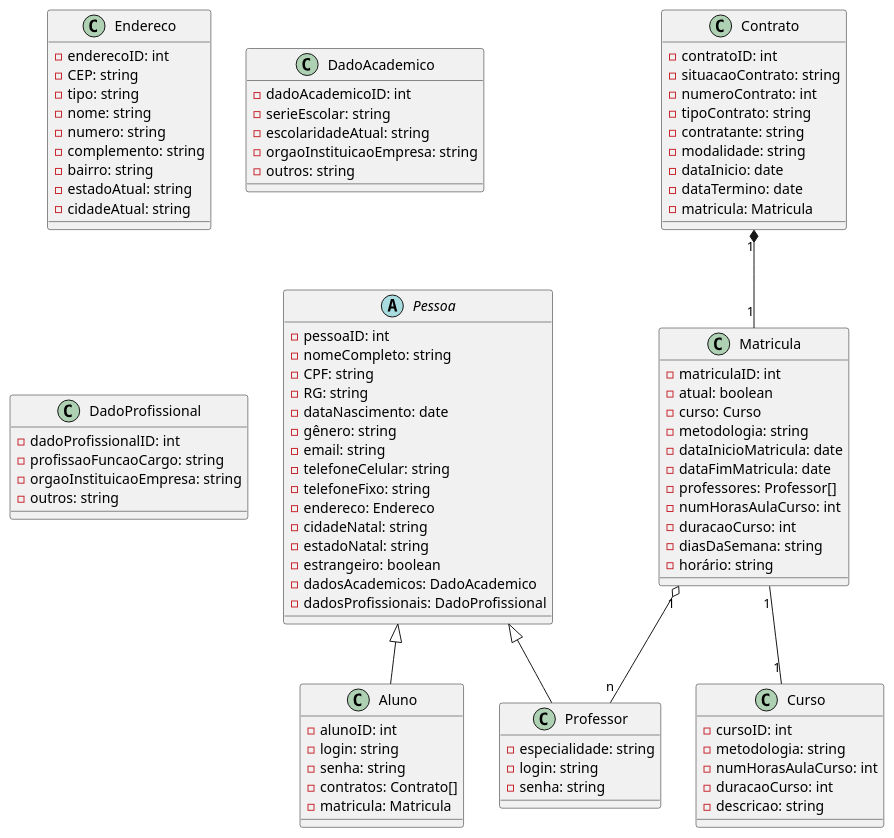
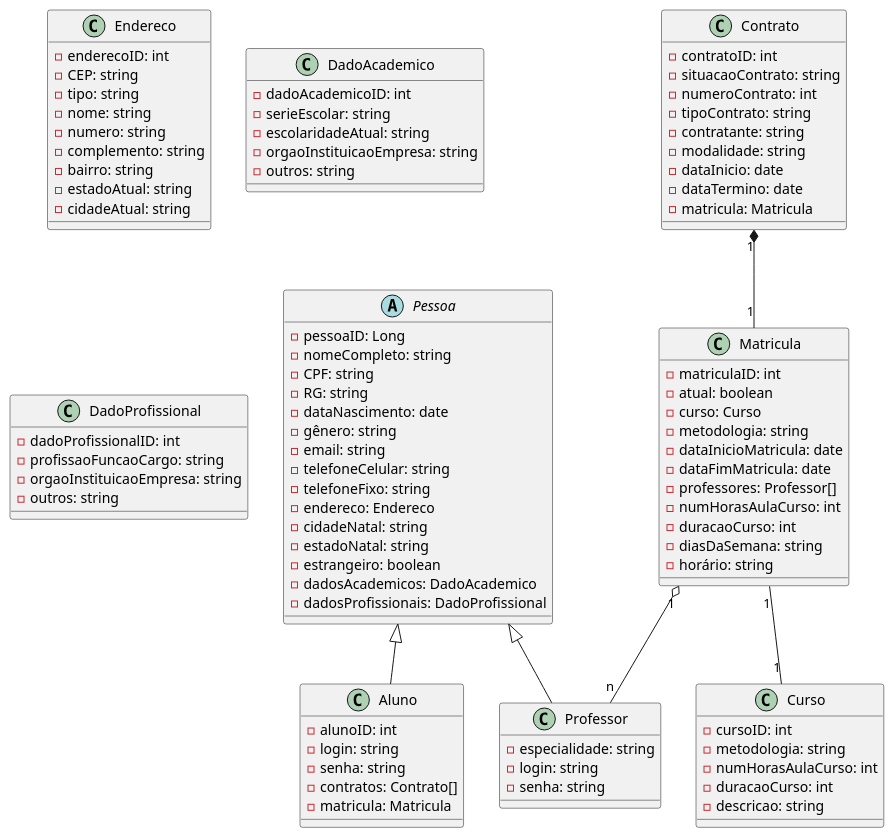
The diagram in projeto-spring/vitorSpring/docs/diagrama.puml (Vitor-rs/Desenvolvimento-de-Servicos-para-Web-I), drawn with PlantUML before and after one commit. The commit also changed 13 other files, not shown here.

```diff
--- a/projeto-spring/vitorSpring/docs/diagrama.puml
+++ b/projeto-spring/vitorSpring/docs/diagrama.puml
@@ -1,106 +1,106 @@
 @startuml
 
 abstract class Pessoa {
-    -pessoaID: int
+    -pessoaID: Long
     -nomeCompleto: string
     -CPF: string
     -RG: string
     -dataNascimento: date
     -gênero: string
     -email: string
     -telefoneCelular: string
     -telefoneFixo: string
     -endereco: Endereco
     -cidadeNatal: string
     -estadoNatal: string
     -estrangeiro: boolean
     -dadosAcademicos: DadoAcademico
     -dadosProfissionais: DadoProfissional
 }
 
 class Professor {
     -especialidade: string
     -login: string
     -senha: string
 }
 
 class Aluno {
     -alunoID: int
     -login: string
     -senha: string
     -contratos: Contrato[]
 }
 
 class Endereco {
     -enderecoID: int
     -CEP: string
     -tipo: string
     -nome: string
     -numero: string
     -complemento: string
     -bairro: string
     -estadoAtual: string
     -cidadeAtual: string
 }
 
 class DadoAcademico {
     -dadoAcademicoID: int
     -serieEscolar: string
     -escolaridadeAtual: string
     -orgaoInstituicaoEmpresa: string
     -outros: string
 }
 
 class DadoProfissional {
     -dadoProfissionalID: int
     -profissaoFuncaoCargo: string
     -orgaoInstituicaoEmpresa: string
     -outros: string
 }
 
 class Contrato {
     -contratoID: int
     -situacaoContrato: string
     -numeroContrato: int
     -tipoContrato: string
     -contratante: string
     -modalidade: string
     -dataInicio: date
     -dataTermino: date
     -matricula: Matricula
 }
 
 class Matricula {
     -matriculaID: int
     -atual: boolean
     -curso: Curso
     -metodologia: string
     -dataInicioMatricula: date
     -dataFimMatricula: date
     -professores: Professor[]
     -numHorasAulaCurso: int
     -duracaoCurso: int
     -diasDaSemana: string
     -horário: string
 }
 
 class Curso {
     -cursoID: int
     -metodologia: string
     -numHorasAulaCurso: int
     -duracaoCurso: int
     -descricao: string
 }
 
 Pessoa <|-- Professor
 Pessoa <|-- Aluno
 
 class Aluno {
     -matricula: Matricula
 }
 
 Contrato "1" *-- "1" Matricula
 Matricula "1" o-- "n" Professor
 Matricula "1" -- "1" Curso
 
 @enduml
```
